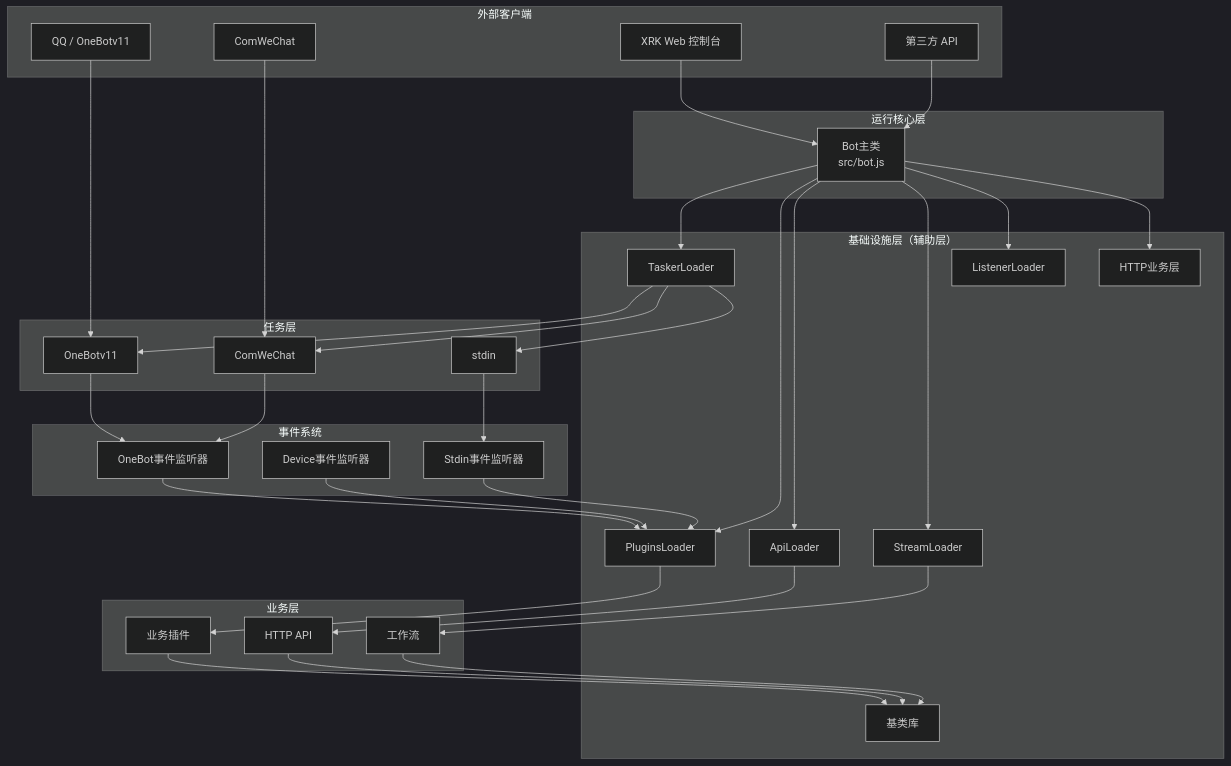
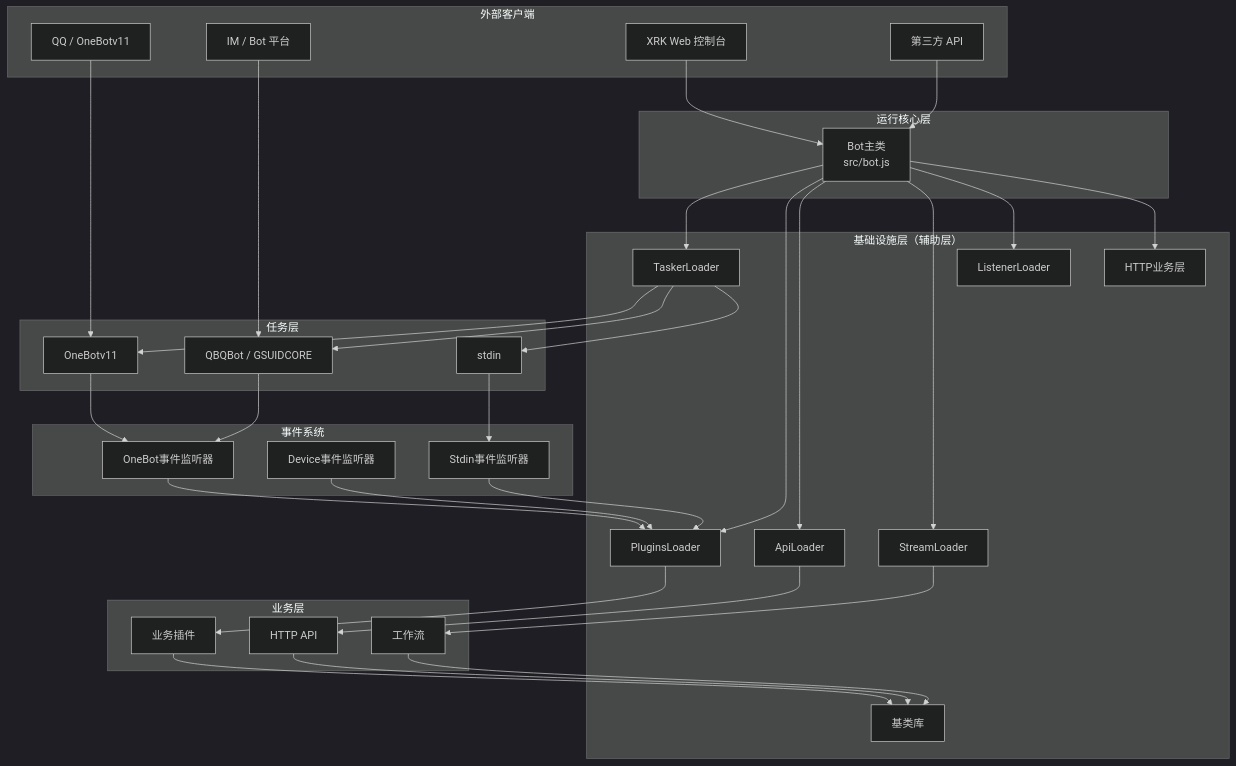
Before and after one commit to sunflowermm/XRK-AGT: the second of 5 diagrams in PROJECT_OVERVIEW.md, drawn with Mermaid (dark theme). The commit also changed other lines of this file and 27 other files, not shown here.

````diff
--- a/PROJECT_OVERVIEW.md
+++ b/PROJECT_OVERVIEW.md
@@ -126,73 +126,73 @@
 ```mermaid
 flowchart TB
     subgraph Clients["外部客户端"]
         QQ["QQ / OneBotv11"]
-        WeChat["ComWeChat"]
+        IM["IM / Bot 平台"]
         WebUI["XRK Web 控制台"]
         ThirdAPI["第三方 API"]
     end
     
     subgraph Runtime["运行核心层"]
         Bot["Bot主类<br/>src/bot.js"]
     end
     
     subgraph Infrastructure["基础设施层（辅助层）"]
         TaskerLoader["TaskerLoader"]
         PluginsLoader["PluginsLoader"]
         ApiLoader["ApiLoader"]
         StreamLoader["StreamLoader"]
         ListenerLoader["ListenerLoader"]
         BaseClasses["基类库"]
         HTTPBusiness["HTTP业务层"]
     end
     
     subgraph Tasker["任务层"]
         OneBot["OneBotv11"]
-        ComWeChat["ComWeChat"]
+        QBQ["QBQBot / GSUIDCORE"]
         Stdin["stdin"]
     end
     
     subgraph Events["事件系统"]
         OneBotEvent["OneBot事件监听器"]
         DeviceEvent["Device事件监听器"]
         StdinEvent["Stdin事件监听器"]
     end
     
     subgraph Business["业务层"]
         Plugins["业务插件"]
         HttpApis["HTTP API"]
         Streams["工作流"]
     end
     
     QQ --> OneBot
-    WeChat --> ComWeChat
+    IM --> QBQ
     WebUI --> Bot
     ThirdAPI --> Bot
     
     Bot --> TaskerLoader
     Bot --> PluginsLoader
     Bot --> ApiLoader
     Bot --> StreamLoader
     Bot --> ListenerLoader
     Bot --> HTTPBusiness
     
     TaskerLoader --> OneBot
-    TaskerLoader --> ComWeChat
+    TaskerLoader --> QBQ
     TaskerLoader --> Stdin
     
     OneBot --> OneBotEvent
-    ComWeChat --> OneBotEvent
+    QBQ --> OneBotEvent
     Stdin --> StdinEvent
     
     OneBotEvent --> PluginsLoader
     DeviceEvent --> PluginsLoader
     StdinEvent --> PluginsLoader
     
     PluginsLoader --> Plugins
     ApiLoader --> HttpApis
     StreamLoader --> Streams
     
     Plugins --> BaseClasses
     HttpApis --> BaseClasses
     Streams --> BaseClasses
 ```
````
